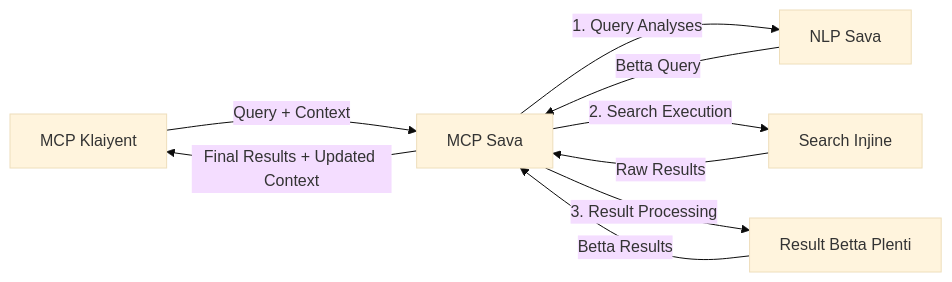
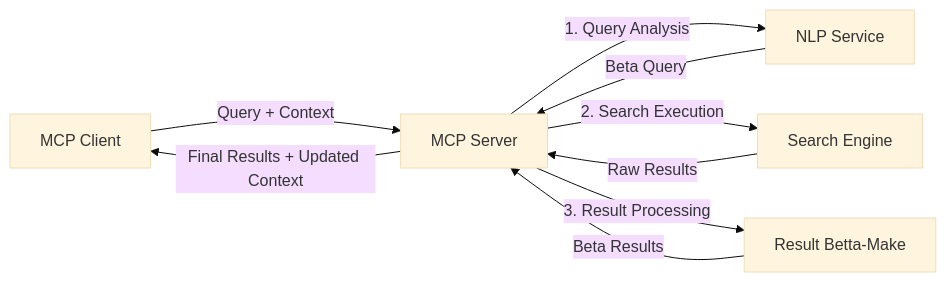
Before and after one commit to microsoft/mcp-for-beginners: the fourth of 4 diagrams in translations/pcm/05-AdvancedTopics/mcp-realtimesearch/README.md, drawn with Mermaid (base theme). The commit also changed other lines of this file and 138 other files, not shown here.

````diff
--- a/translations/pcm/05-AdvancedTopics/mcp-realtimesearch/README.md
+++ b/translations/pcm/05-AdvancedTopics/mcp-realtimesearch/README.md
@@ -626,11 +628,11 @@
 ```mermaid
 graph LR
-    Client[MCP Klaiyent] --> |Query + Context| Server[MCP Sava]
-    Server --> |1. Query Analyses| NLP[NLP Sava]
-    NLP --> |Betta Query| Server
-    Server --> |2. Search Execution| Search[Search Injine]
+    Client[MCP Client] --> |Query + Context| Server[MCP Server]
+    Server --> |1. Query Analysis| NLP[NLP Service]
+    NLP --> |Beta Query| Server
+    Server --> |2. Search Execution| Search[Search Engine]
     Search --> |Raw Results| Server
-    Server --> |3. Result Processing| Enhancement[Result Betta Plenti]
-    Enhancement --> |Betta Results| Server
+    Server --> |3. Result Processing| Enhancement[Result Betta-Make]
+    Enhancement --> |Beta Results| Server
     Server --> |Final Results + Updated Context| Client
 ```
````
